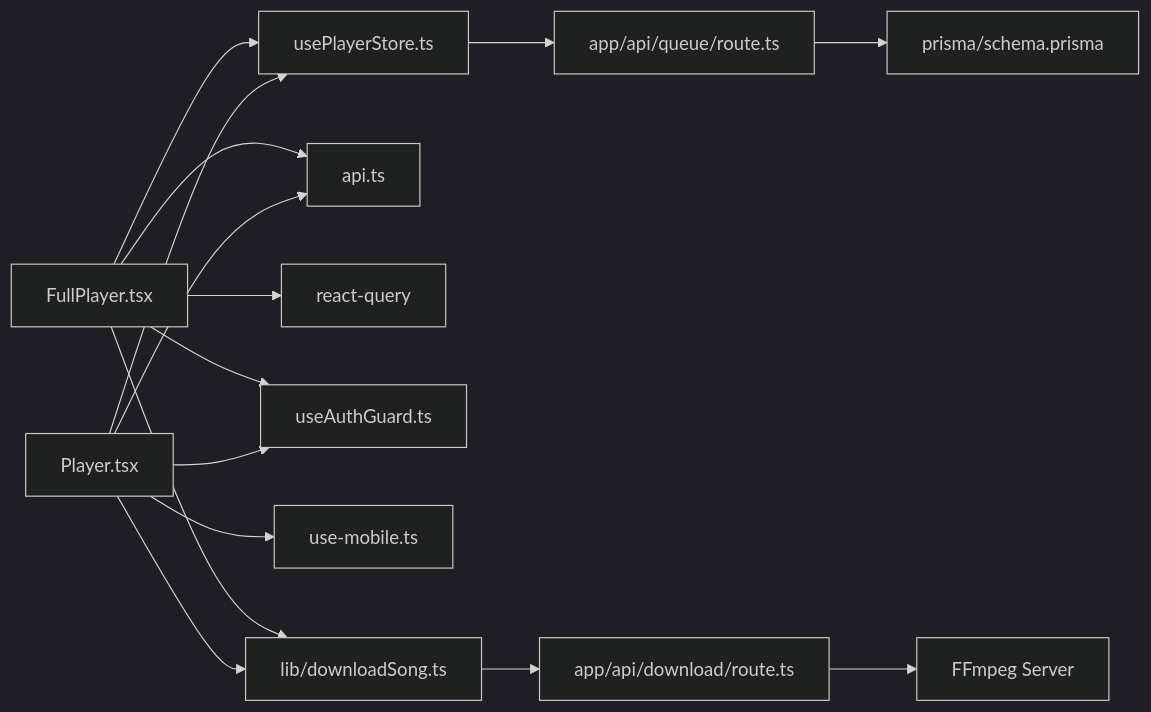
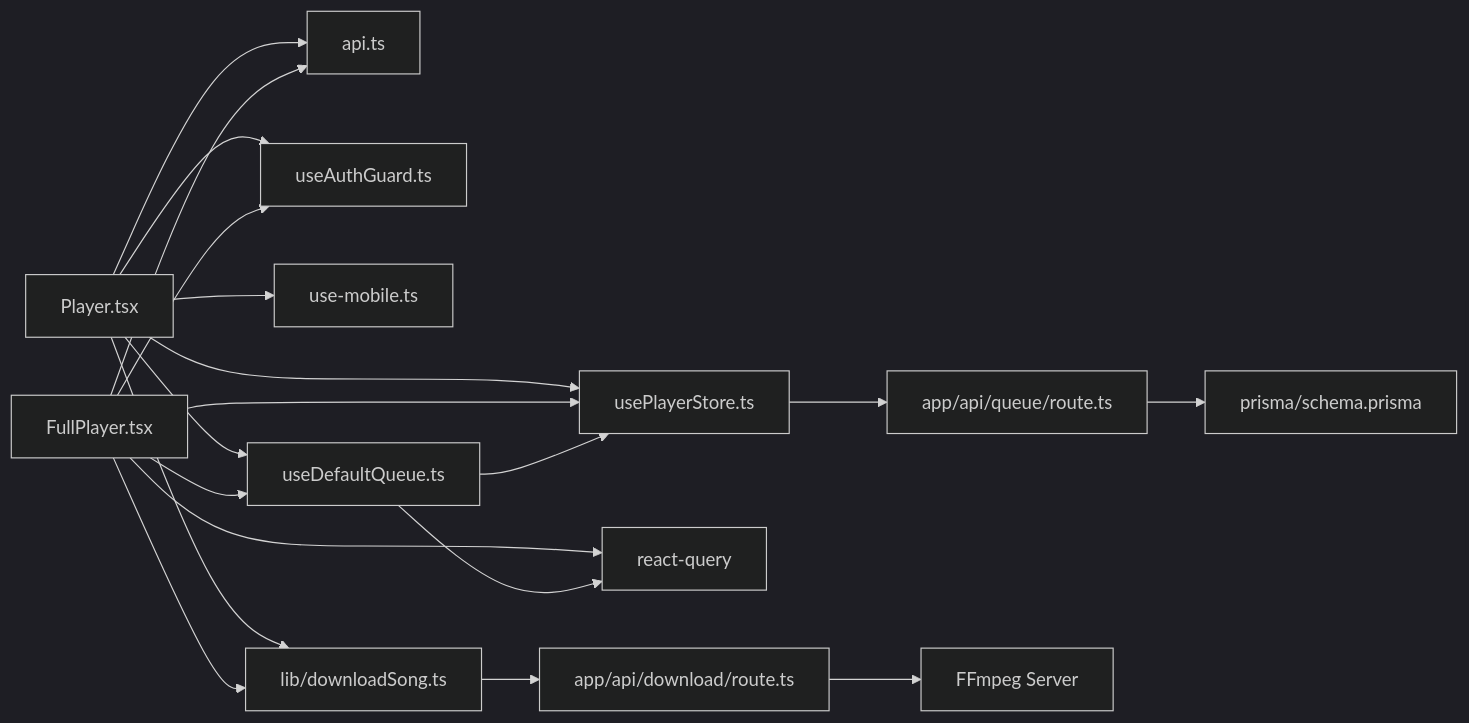
Before and after one commit to moindestiny/SonicStream: diagram 11 of 11 in .qoder/repowiki/en/content/Core Features/Audio Player.md, drawn with Mermaid (dark theme). The commit also changed other lines of this file and 5 other files, not shown here.

Commit message:
fix album name center issue of the Full Player

````diff
--- a/.qoder/repowiki/en/content/Core Features/Audio Player.md
+++ b/.qoder/repowiki/en/content/Core Features/Audio Player.md
@@ -475,17 +632,21 @@
 ```mermaid
 graph LR
 Player["Player.tsx"] --> Store["usePlayerStore.ts"]
 Full["FullPlayer.tsx"] --> Store
 Player --> API["api.ts"]
 Full --> API
 Full --> Query["react-query"]
 Store --> QueueAPI["app/api/queue/route.ts"]
 QueueAPI --> Prisma["prisma/schema.prisma"]
 Player --> Auth["useAuthGuard.ts"]
 Full --> Auth
 Player --> Mobile["use-mobile.ts"]
 Player --> DownloadLib["lib/downloadSong.ts"]
 Full --> DownloadLib
 DownloadLib --> DownloadAPI["app/api/download/route.ts"]
 DownloadAPI --> FFmpeg["FFmpeg Server"]
+Player --> DefaultQueueHook["useDefaultQueue.ts"]
+Full --> DefaultQueueHook
+DefaultQueueHook --> Store
+DefaultQueueHook --> Query
 ```
````
